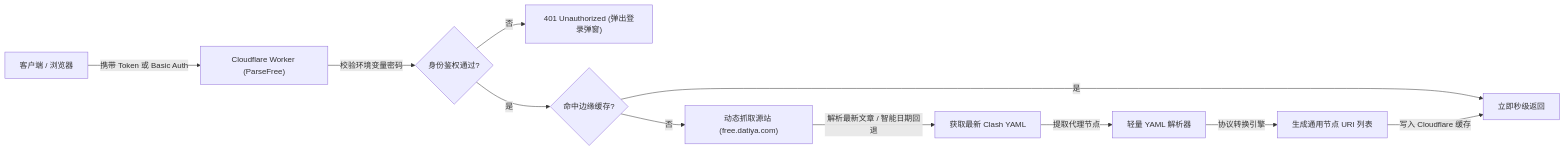
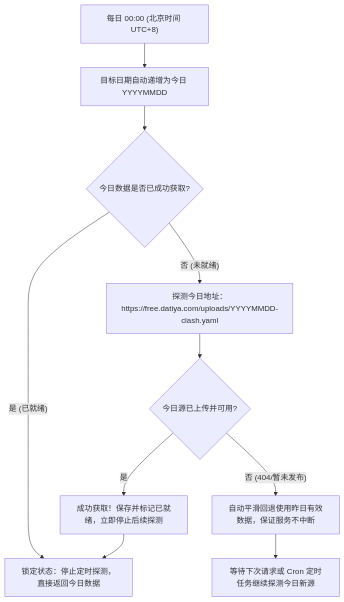
The diagram in README.md (jialifushi/ParseFree), drawn with Mermaid before and after one commit. The commit also changed other lines of this file and 10 other files, not shown here.

````diff
--- a/README.md
+++ b/README.md
@@ -33,13 +37,12 @@
 ```mermaid
-flowchart LR
-    A["客户端 / 浏览器"] -->|"携带 Token 或 Basic Auth"| B["Cloudflare Worker (ParseFree)"]
-    B -->|"校验环境变量密码"| Auth{"身份鉴权通过?"}
-    Auth -->|"否"| Err["401 Unauthorized (弹出登录弹窗)"]
-    Auth -->|"是"| C{"命中边缘缓存?"}
-    C -->|"是"| D["立即秒级返回"]
-    C -->|"否"| E["动态抓取源站 (free.datiya.com)"]
-    E -->|"解析最新文章 / 智能日期回退"| F["获取最新 Clash YAML"]
-    F -->|"提取代理节点"| G["轻量 YAML 解析器"]
-    G -->|"协议转换引擎"| H["生成通用节点 URI 列表"]
-    H -->|"写入 Cloudflare 缓存"| D
+flowchart TD
+    A["每日 00:00 (北京时间 UTC+8)"] --> B["目标日期自动递增为今日 YYYYMMDD"]
+    B --> C{"今日数据是否已成功获取?"}
+    C -->|"是 (已就绪)"| D["锁定状态：停止定时探测，直接返回今日数据"]
+    C -->|"否 (未就绪)"| E["探测今日地址：https://free.datiya.com/uploads/YYYYMMDD-clash.yaml"]
+    E --> F{"今日源已上传并可用?"}
+    F -->|"是"| G["成功获取！保存并标记已就绪，立即停止后续探测"]
+    F -->|"否 (404/暂未发布)"| H["自动平滑回退使用昨日有效数据，保证服务不中断"]
+    H --> I["等待下次请求或 Cron 定时任务继续探测今日新源"]
+    G --> D
 ```
````
